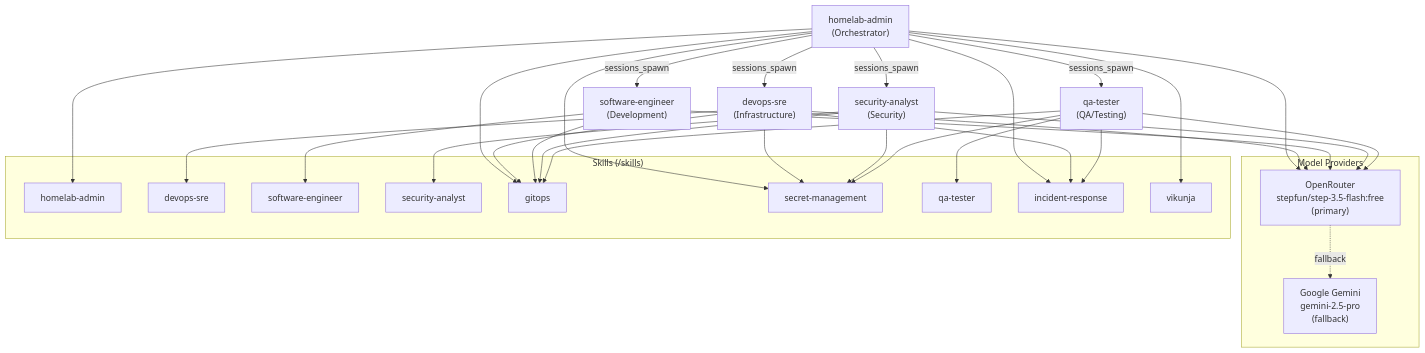
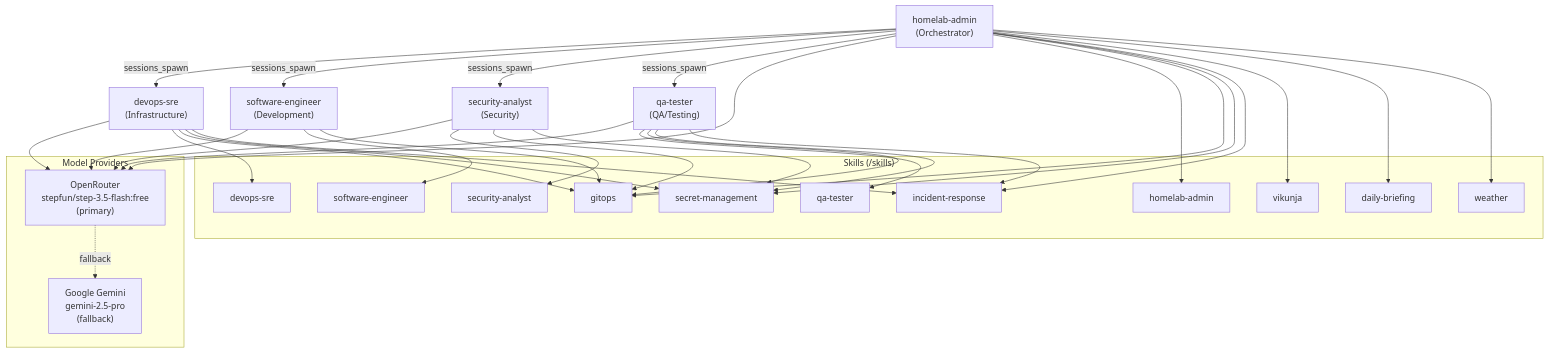
One commit to haingth77/homelab changed the seventh of 7 diagrams in k8s/apps/openclaw/README.md. Above: the diagram before and after it, drawn with Mermaid. The commit also changed other lines of this file and 6 other files, not shown here.

````diff
--- a/k8s/apps/openclaw/README.md
+++ b/k8s/apps/openclaw/README.md
@@ -662,39 +723,41 @@
 ```mermaid
 flowchart TD
     subgraph models["Model Providers"]
         OpenRouterM["OpenRouter\nstepfun/step-3.5-flash:free\n(primary)"]
         GeminiM["Google Gemini\ngemini-2.5-pro\n(fallback)"]
     end
 
     HA["homelab-admin\n(Orchestrator)"]
     DS["devops-sre\n(Infrastructure)"]
     SE["software-engineer\n(Development)"]
     SA["security-analyst\n(Security)"]
     QA["qa-tester\n(QA/Testing)"]
 
     HA -- "sessions_spawn" --> DS
     HA -- "sessions_spawn" --> SE
     HA -- "sessions_spawn" --> SA
     HA -- "sessions_spawn" --> QA
 
     HA & DS & SE & SA & QA --> OpenRouterM
     OpenRouterM -. "fallback" .-> GeminiM
 
     subgraph skills["Skills (/skills)"]
         S1["homelab-admin"]
         S2["devops-sre"]
         S3["software-engineer"]
         S4["security-analyst"]
         S5["gitops"]
         S6["secret-management"]
         S7["qa-tester"]
         S8["incident-response"]
         S9["vikunja"]
+        S10["daily-briefing"]
+        S11["weather"]
     end
 
-    HA --> S1 & S5 & S6 & S8 & S9
+    HA --> S1 & S5 & S6 & S8 & S9 & S10 & S11
     DS --> S2 & S5 & S6 & S8
     SE --> S3 & S5
     SA --> S4 & S5 & S6
     QA --> S7 & S5 & S6 & S8
 ```
````
